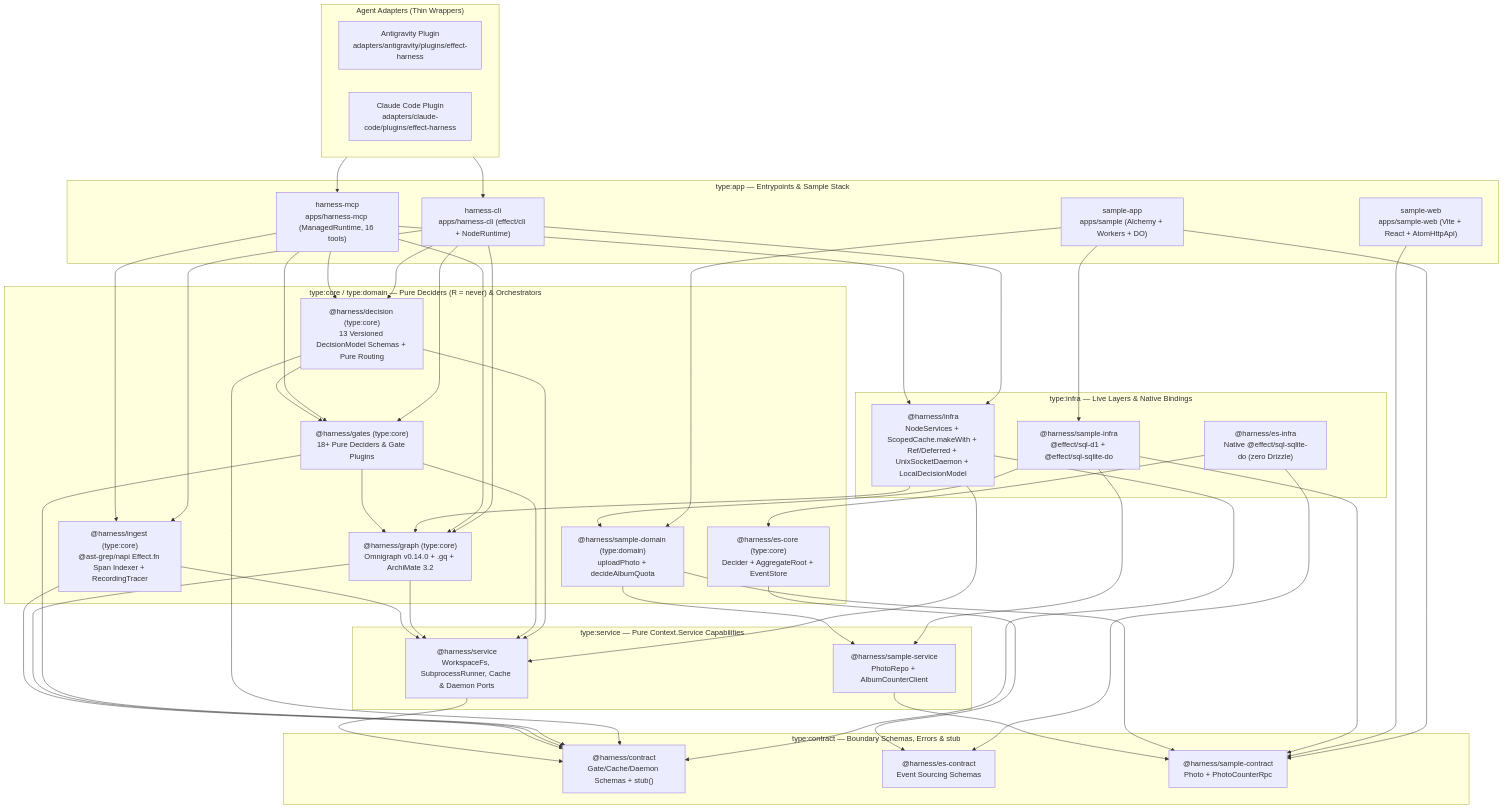
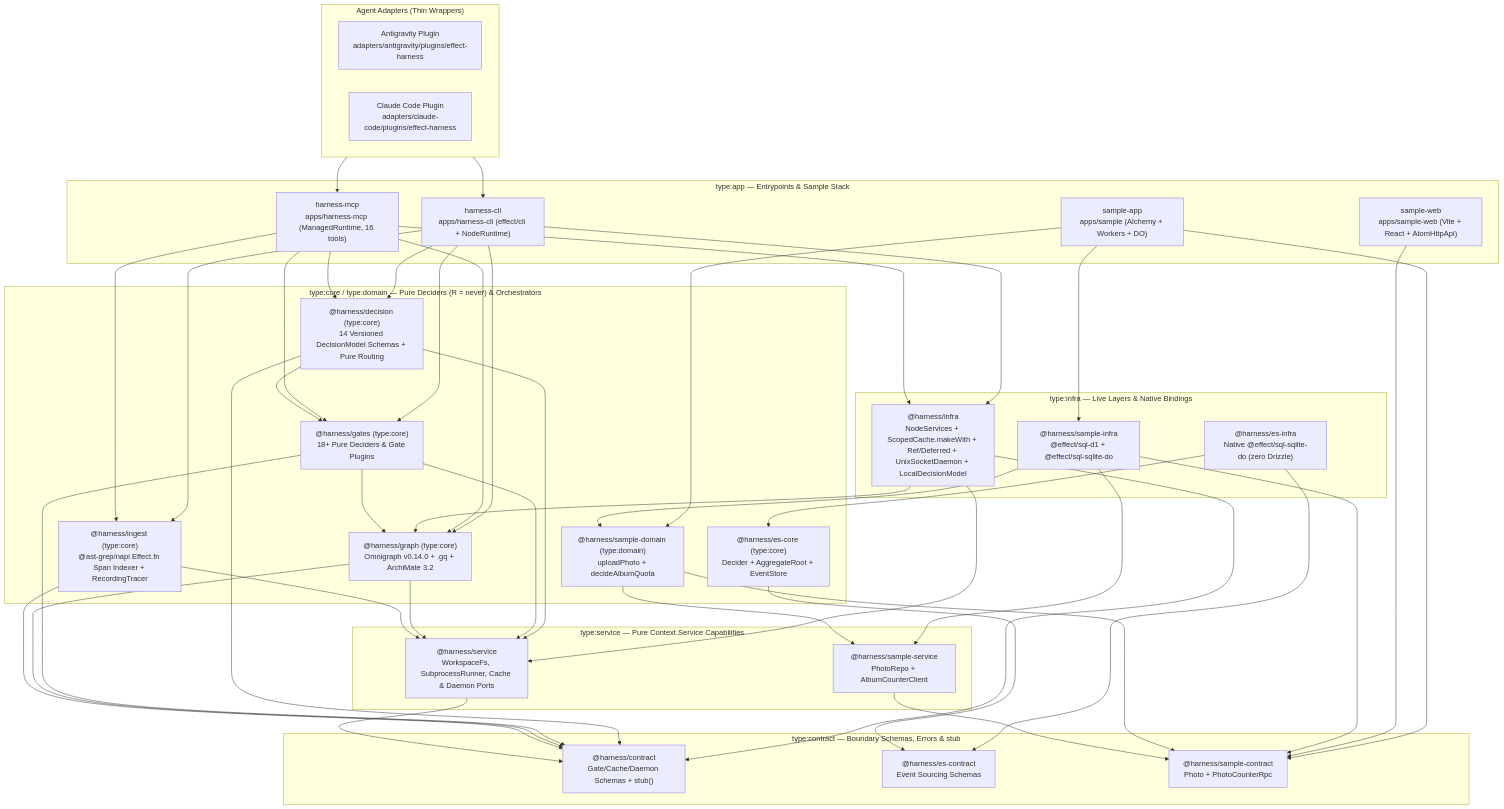
Before and after one commit to selmeci/effect-ts-harness: the first of 2 diagrams in README.md, drawn with Mermaid. The commit also changed other lines of this file and 56 other files, not shown here.

Commit message:
fix(harness): harden fail-closed review routing, MCP diagnostics, and 7-lens adapter parity (harness:SPEC-0013)

````diff
--- a/README.md
+++ b/README.md
@@ -31,58 +31,58 @@
 ```mermaid
 flowchart TD
   subgraph Adapters["Agent Adapters (Thin Wrappers)"]
     AGY["Antigravity Plugin\nadapters/antigravity/plugins/effect-harness"]
     CC["Claude Code Plugin\nadapters/claude-code/plugins/effect-harness"]
   end
 
   subgraph Apps["type:app — Entrypoints & Sample Stack"]
     CLI["harness-cli\napps/harness-cli (effect/cli + NodeRuntime)"]
     MCP["harness-mcp\napps/harness-mcp (ManagedRuntime, 16 tools)"]
     SAMPLE["sample-app\napps/sample (Alchemy + Workers + DO)"]
     SAMPLE_WEB["sample-web\napps/sample-web (Vite + React + AtomHttpApi)"]
   end
 
   subgraph Infra["type:infra — Live Layers & Native Bindings"]
     HARNESS_INFRA["@harness/infra\nNodeServices + ScopedCache.makeWith + Ref/Deferred + UnixSocketDaemon + LocalDecisionModel"]
     ES_INFRA["@harness/es-infra\nNative @effect/sql-sqlite-do (zero Drizzle)"]
     SAMPLE_INFRA["@harness/sample-infra\n@effect/sql-d1 + @effect/sql-sqlite-do"]
   end
 
   subgraph CoreDomain["type:core / type:domain — Pure Deciders (R = never) & Orchestrators"]
     GATES["@harness/gates (type:core)\n18+ Pure Deciders & Gate Plugins"]
     GRAPH["@harness/graph (type:core)\nOmnigraph v0.14.0 + .gq + ArchiMate 3.2"]
     INGEST["@harness/ingest (type:core)\n@ast-grep/napi Effect.fn Span Indexer + RecordingTracer"]
-    DECISION["@harness/decision (type:core)\n13 Versioned DecisionModel Schemas + Pure Routing"]
+    DECISION["@harness/decision (type:core)\n14 Versioned DecisionModel Schemas + Pure Routing"]
     ES_CORE["@harness/es-core (type:core)\nDecider + AggregateRoot + EventStore"]
     SAMPLE_DOM["@harness/sample-domain (type:domain)\nuploadPhoto + decideAlbumQuota"]
   end
 
   subgraph Services["type:service — Pure Context.Service Capabilities"]
     HARNESS_SVC["@harness/service\nWorkspaceFs, SubprocessRunner, Cache & Daemon Ports"]
     SAMPLE_SVC["@harness/sample-service\nPhotoRepo + AlbumCounterClient"]
   end
 
   subgraph Contracts["type:contract — Boundary Schemas, Errors & stub"]
     HARNESS_CON["@harness/contract\nGate/Cache/Daemon Schemas + stub<A,E,R>()"]
     ES_CON["@harness/es-contract\nEvent Sourcing Schemas"]
     SAMPLE_CON["@harness/sample-contract\nPhoto + PhotoCounterRpc"]
   end
 
   Adapters --> CLI
   Adapters --> MCP
   CLI --> HARNESS_INFRA & DECISION & GATES & GRAPH & INGEST
   MCP --> HARNESS_INFRA & DECISION & GATES & GRAPH & INGEST
   HARNESS_INFRA --> GRAPH & HARNESS_SVC & HARNESS_CON
   DECISION --> GATES & HARNESS_SVC & HARNESS_CON
   GATES --> GRAPH & HARNESS_SVC & HARNESS_CON
   GRAPH --> HARNESS_SVC & HARNESS_CON
   INGEST --> HARNESS_SVC & HARNESS_CON
   HARNESS_SVC --> HARNESS_CON
   SAMPLE --> SAMPLE_INFRA & SAMPLE_DOM & SAMPLE_CON
   SAMPLE_WEB --> SAMPLE_CON
   SAMPLE_INFRA --> SAMPLE_DOM & SAMPLE_SVC & SAMPLE_CON
   SAMPLE_DOM --> SAMPLE_SVC & SAMPLE_CON
   SAMPLE_SVC --> SAMPLE_CON
   ES_INFRA --> ES_CORE & ES_CON
   ES_CORE --> ES_CON
 ```
````
